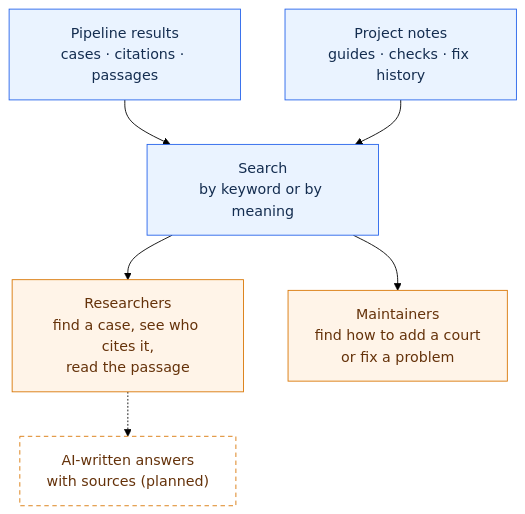
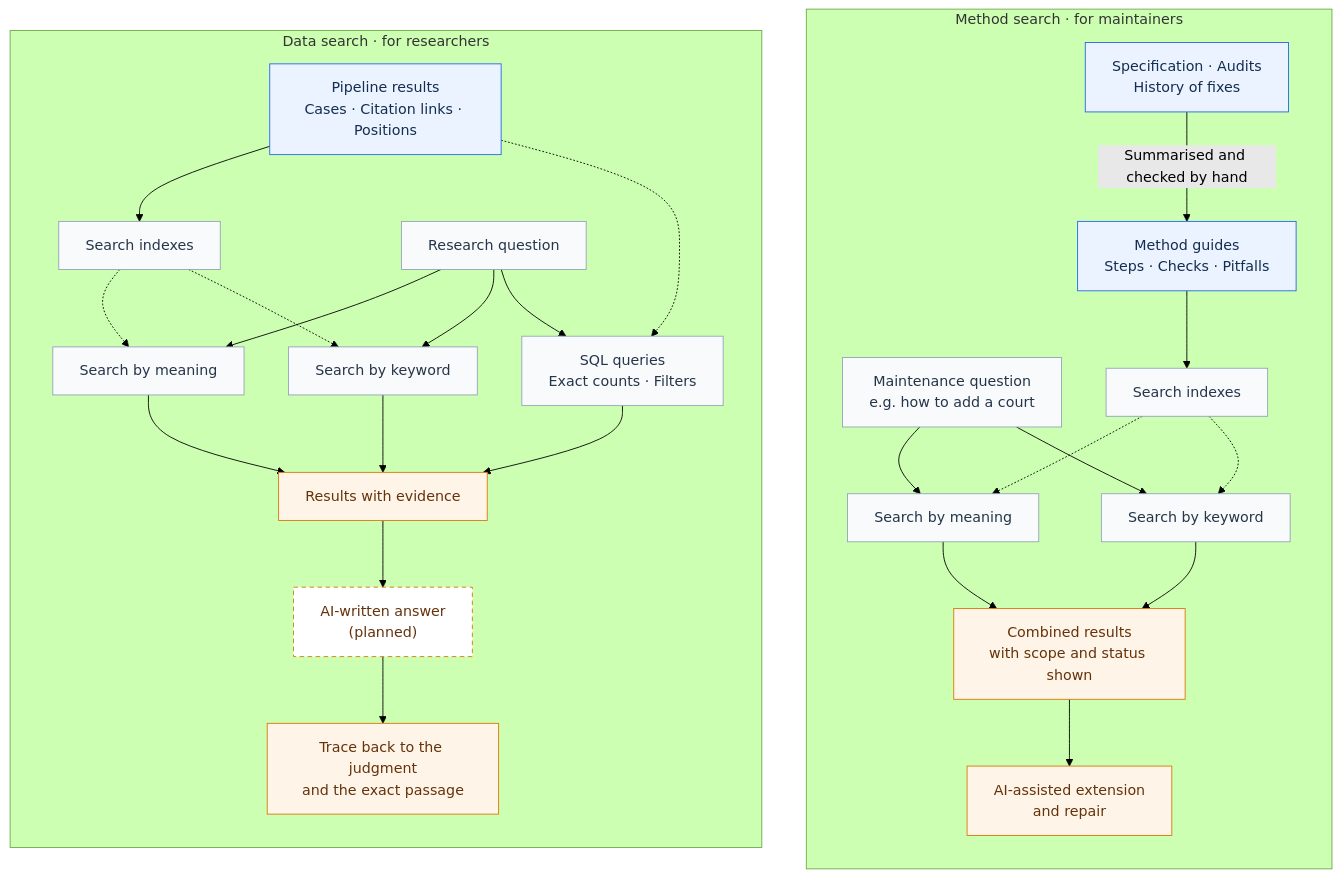
Before and after one commit to yubow47-bot/case-citation-pipeline: the second of 2 diagrams in README.md, drawn with Mermaid (forest theme). The commit also changed other lines of this file, not shown here.

First line of the commit message:
Restore README content dropped in the plain-language rewrite

````diff
--- a/README.md
+++ b/README.md
@@ -124,22 +143,51 @@
 ```mermaid
 flowchart TB
-    R["Pipeline results<br/>cases · citations · passages"]
-    N["Project notes<br/>guides · checks · fix history"]
-    S["Search<br/>by keyword or by meaning"]
-    U1["Researchers<br/>find a case, see who cites it,<br/>read the passage"]
-    U2["Maintainers<br/>find how to add a court<br/>or fix a problem"]
-    A["AI-written answers<br/>with sources (planned)"]
+    subgraph METHODS["Method search · for maintainers"]
+        direction TB
+        MS["Specification · Audits<br/>History of fixes"]
+        MC["Method guides<br/>Steps · Checks · Pitfalls"]
+        MI["Search indexes"]
+        MQ["Maintenance question<br/>e.g. how to add a court"]
+        MV["Search by meaning"]
+        MK["Search by keyword"]
+        MR["Combined results<br/>with scope and status shown"]
+        MA["AI-assisted extension<br/>and repair"]
 
-    R --> S
-    N --> S
-    S --> U1
-    S --> U2
-    U1 -.-> A
+        MS -->|Summarised and checked by hand| MC
+        MC --> MI
+        MQ --> MV & MK
+        MI -.-> MV & MK
+        MV & MK --> MR
+        MR --> MA
+    end
+
+    subgraph DATA["Data search · for researchers"]
+        direction TB
+        DS["Pipeline results<br/>Cases · Citation links · Positions"]
+        DI["Search indexes"]
+        DQ["Research question"]
+        DV["Search by meaning"]
+        DK["Search by keyword"]
+        DT["SQL queries<br/>Exact counts · Filters"]
+        DR["Results with evidence"]
+        DA["AI-written answer<br/>(planned)"]
+        DP["Trace back to the judgment<br/>and the exact passage"]
+
+        DS --> DI
+        DS -.-> DT
+        DQ --> DV & DK & DT
+        DI -.-> DV & DK
+        DV & DK & DT --> DR
+        DR --> DA
+        DA --> DP
+    end
 
     classDef content fill:#eaf3ff,stroke:#2563eb,color:#142d50;
+    classDef search fill:#f8fafc,stroke:#94a3b8,color:#25354a;
     classDef result fill:#fff4e8,stroke:#d97706,color:#65320a;
     classDef planned fill:#ffffff,stroke:#d97706,stroke-dasharray:5 4,color:#65320a;
-    class R,N,S content;
-    class U1,U2 result;
-    class A planned;
+    class MS,MC,DS content;
+    class MI,MQ,MV,MK,DI,DQ,DV,DK,DT search;
+    class MR,MA,DR,DP result;
+    class DA planned;
 ```
````
